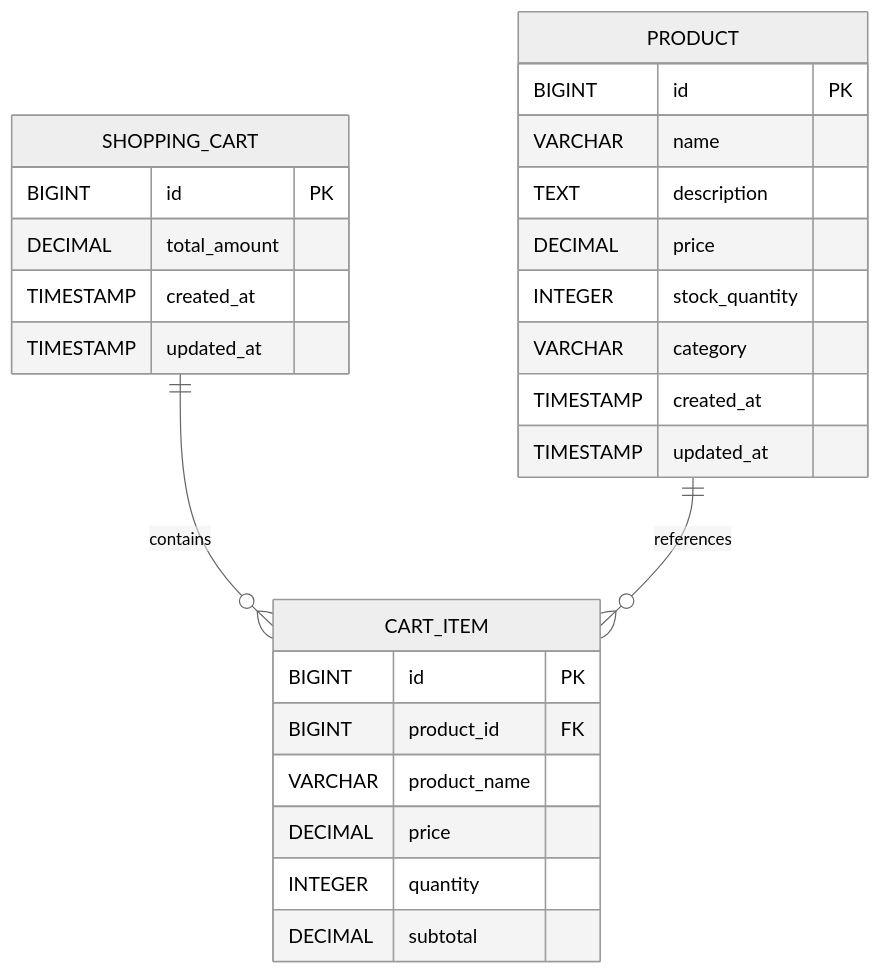
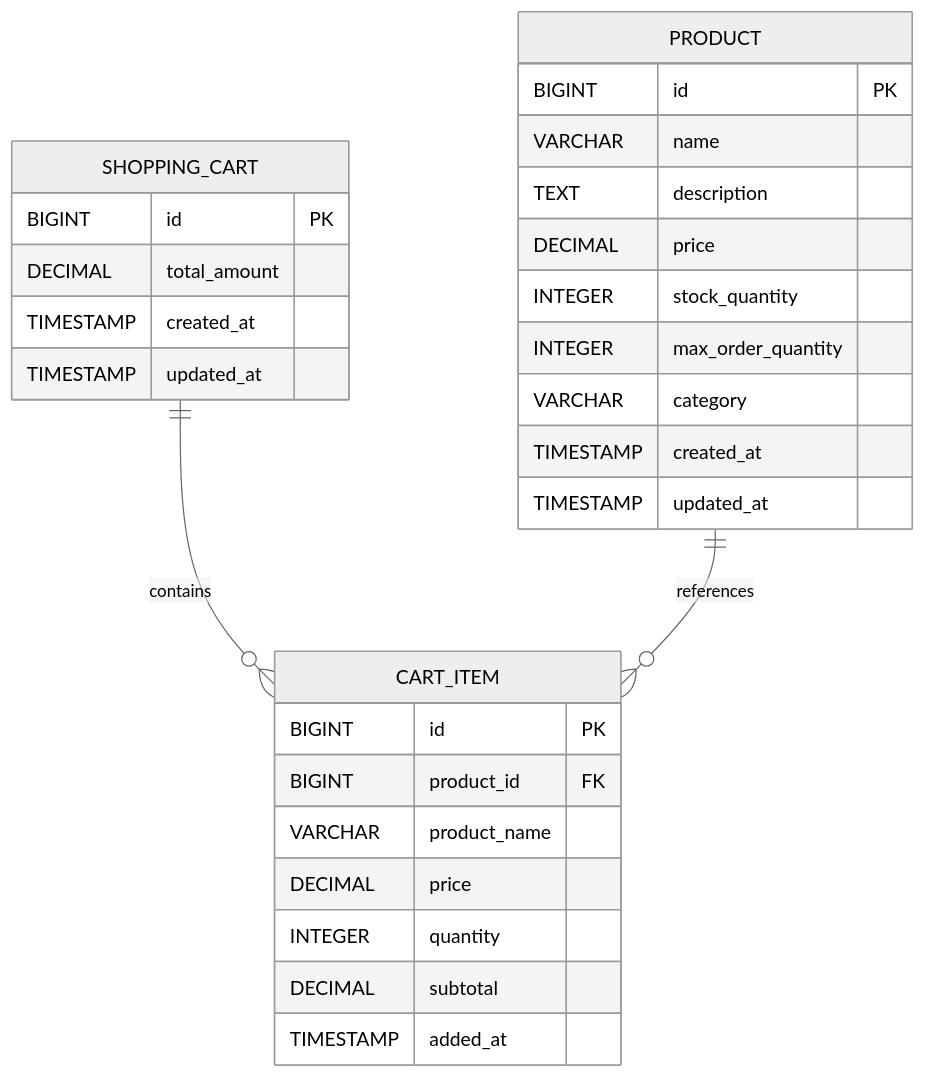
Before and after one commit to NavneetBN47/aava-ecom-demo: the second of 14 diagrams in docs/LLD/lld.md, drawn with Mermaid (neutral theme). The commit also changed other lines of this file, not shown here.

````diff
--- a/docs/LLD/lld.md
+++ b/docs/LLD/lld.md
@@ -169,32 +176,34 @@
 ```mermaid
 erDiagram
     PRODUCT {
         BIGINT id PK
         VARCHAR name
         TEXT description
         DECIMAL price
         INTEGER stock_quantity
+        INTEGER max_order_quantity
         VARCHAR category
         TIMESTAMP created_at
         TIMESTAMP updated_at
     }
 
     CART_ITEM {
         BIGINT id PK
         BIGINT product_id FK
         VARCHAR product_name
         DECIMAL price
         INTEGER quantity
         DECIMAL subtotal
+        TIMESTAMP added_at
     }
 
     SHOPPING_CART {
         BIGINT id PK
         DECIMAL total_amount
         TIMESTAMP created_at
         TIMESTAMP updated_at
     }
 
     SHOPPING_CART ||--o{ CART_ITEM : contains
     PRODUCT ||--o{ CART_ITEM : references
 ```
````
